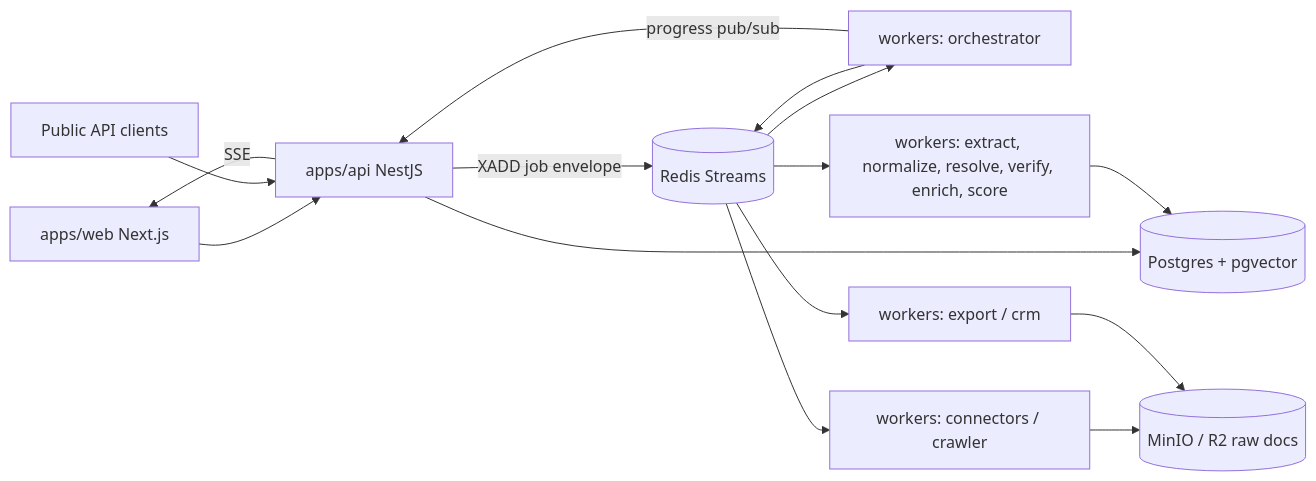
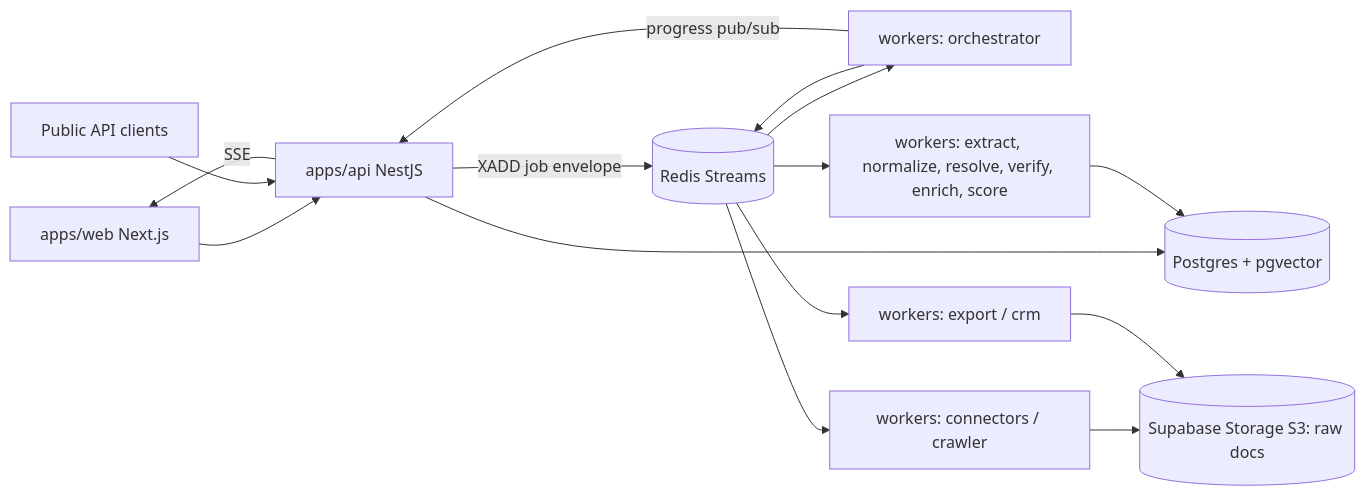
The diagram in docs/01-ARCHITECTURE.md (Kunalmishra77/lead-research-platform), drawn with Mermaid before and after one commit. The commit also changed other lines of this file and 13 other files, not shown here.

````diff
--- a/docs/01-ARCHITECTURE.md
+++ b/docs/01-ARCHITECTURE.md
@@ -6,17 +6,17 @@
 ```mermaid
 flowchart LR
   WEB[apps/web Next.js] --> API[apps/api NestJS]
   EXT[Public API clients] --> API
   API --> PG[(Postgres + pgvector)]
   API -- XADD job envelope --> RS[(Redis Streams)]
   RS --> ORCH[workers: orchestrator]
   ORCH --> RS
   RS --> CON[workers: connectors / crawler]
   RS --> PIPE[workers: extract, normalize, resolve, verify, enrich, score]
   RS --> EXP[workers: export / crm]
-  CON --> S3[(MinIO / R2 raw docs)]
+  CON --> S3[(Supabase Storage S3: raw docs)]
   PIPE --> PG
   EXP --> S3
   ORCH -- progress pub/sub --> API
   API -- SSE --> WEB
 ```
````
